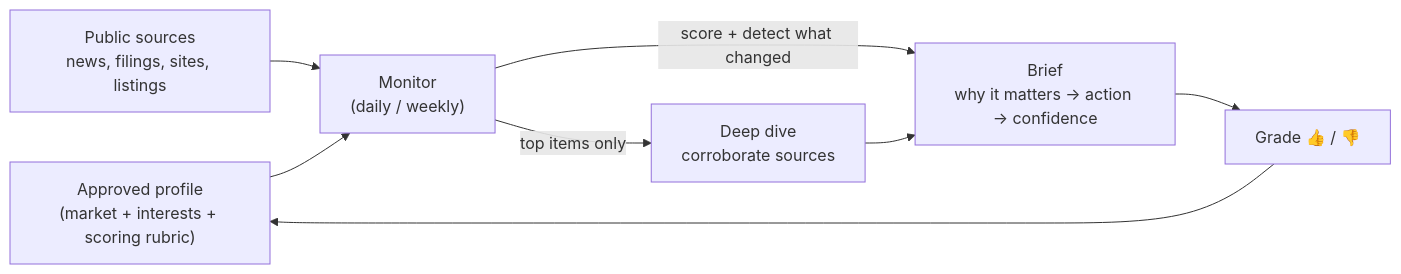
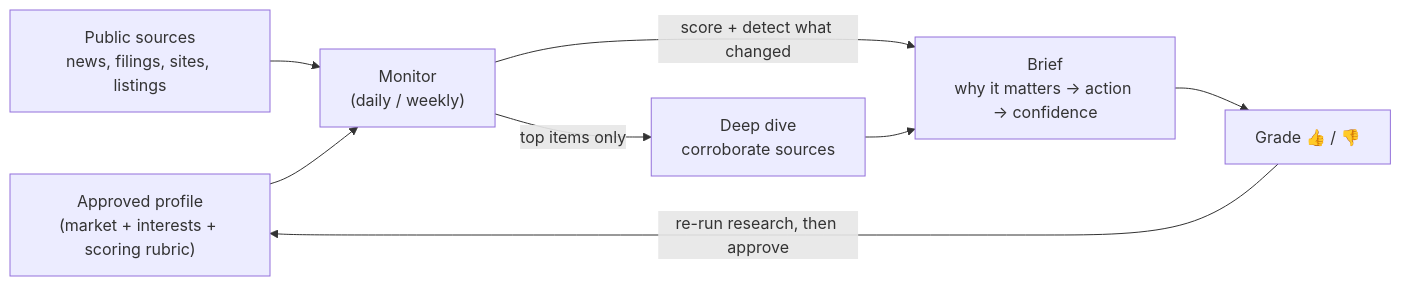
One commit to MrZoller/vantage-point changed the diagram in docs/overview.md. Above: the diagram before and after it, drawn with Mermaid. The commit also changed other lines of this file, not shown here.

````diff
--- a/docs/overview.md
+++ b/docs/overview.md
@@ -50,15 +52,15 @@
 ```mermaid
 flowchart LR
   P["Approved profile<br/>(market + interests + scoring rubric)"]
   S["Public sources<br/>news, filings, sites, listings"]
   M["Monitor<br/>(daily / weekly)"]
   DD["Deep dive<br/>corroborate sources"]
   R["Brief<br/>why it matters → action → confidence"]
   G["Grade 👍 / 👎"]
 
   S --> M
   P --> M
   M -->|score + detect what changed| R
   M -->|top items only| DD --> R
-  R --> G --> P
+  R --> G -->|re-run research, then approve| P
 ```
````
